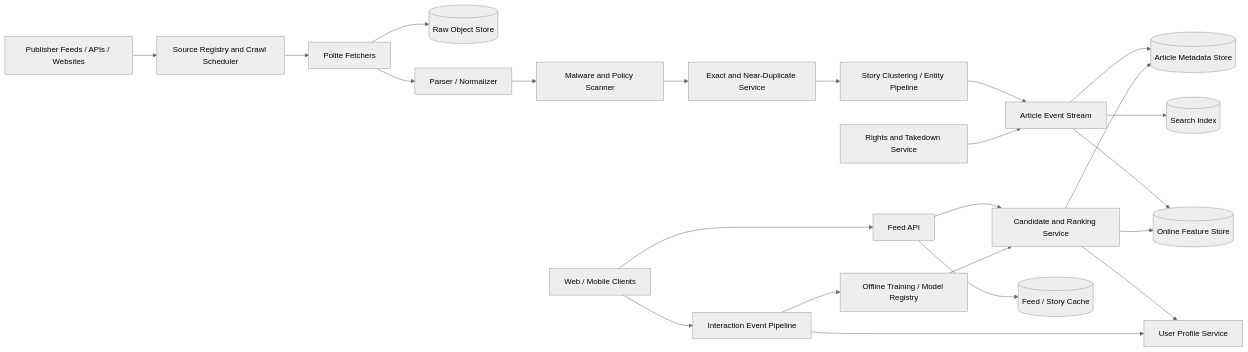
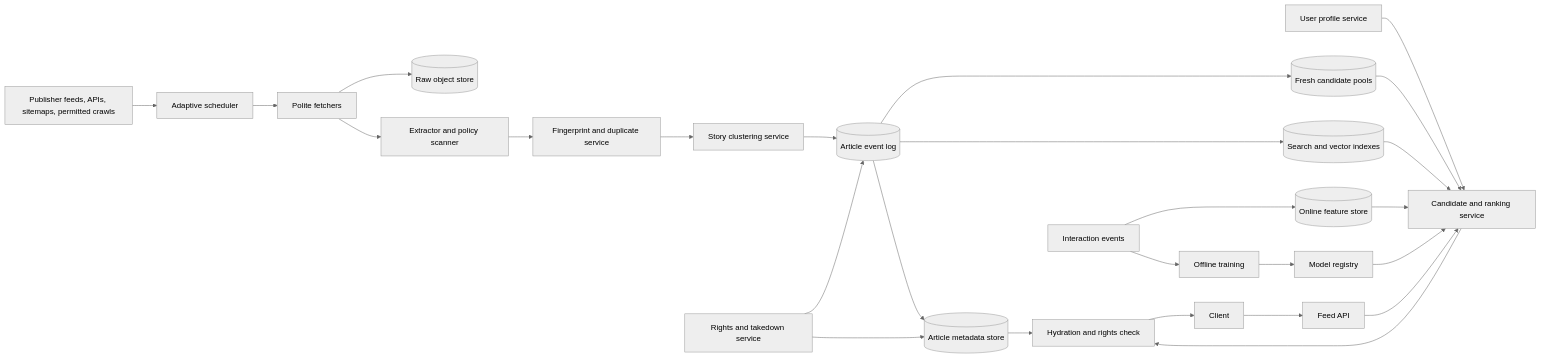
The second of 5 diagrams in news-aggregator-system-design.md (Pranshu258/system-design), drawn with Mermaid (neutral theme) before and after one commit. The commit also changed other lines of this file and 23 other files, not shown here.

````diff
--- a/news-aggregator-system-design.md
+++ b/news-aggregator-system-design.md
@@ -64,38 +191,28 @@
 ```mermaid
 flowchart LR
-    P[Publisher Feeds / APIs / Websites]
-    SCHED[Source Registry and Crawl Scheduler]
-    FETCH[Polite Fetchers]
-    RAW[(Raw Object Store)]
-    EXTRACT[Parser / Normalizer]
-    SAFE[Malware and Policy Scanner]
-    DEDUP[Exact and Near-Duplicate Service]
-    CLUSTER[Story Clustering / Entity Pipeline]
-    STREAM[Article Event Stream]
-    ARTICLE[(Article Metadata Store)]
-    INDEX[(Search Index)]
-    FEATURE[(Online Feature Store)]
-    RANK[Candidate and Ranking Service]
-    FEED[Feed API]
-    CACHE[(Feed / Story Cache)]
-    USER[User Profile Service]
-    EVENTS[Interaction Event Pipeline]
-    MODEL[Offline Training / Model Registry]
-    ADMIN[Rights and Takedown Service]
-    C[Web / Mobile Clients]
-
-    P --> SCHED --> FETCH --> RAW
-    FETCH --> EXTRACT --> SAFE --> DEDUP --> CLUSTER --> STREAM
-    STREAM --> ARTICLE
-    STREAM --> INDEX
-    STREAM --> FEATURE
-    C --> FEED
+    SRC["Publisher feeds, APIs, sitemaps, permitted crawls"] --> SCH["Adaptive scheduler"]
+    SCH --> FET["Polite fetchers"]
+    FET --> RAW[("Raw object store")]
+    FET --> EXT["Extractor and policy scanner"]
+    EXT --> FP["Fingerprint and duplicate service"]
+    FP --> CLU["Story clustering service"]
+    CLU --> LOG[("Article event log")]
+    LOG --> META[("Article metadata store")]
+    LOG --> SEARCH[("Search and vector indexes")]
+    LOG --> POOL[("Fresh candidate pools")]
+    EV["Interaction events"] --> FEAT[("Online feature store")]
+    EV --> TRAIN["Offline training"]
+    TRAIN --> MODEL["Model registry"]
+    USER["User profile service"] --> RANK["Candidate and ranking service"]
+    POOL --> RANK
+    SEARCH --> RANK
+    FEAT --> RANK
+    MODEL --> RANK
+    CLIENT["Client"] --> FEED["Feed API"]
     FEED --> RANK
-    RANK --> ARTICLE
-    RANK --> FEATURE
-    RANK --> USER
-    FEED --> CACHE
-    C --> EVENTS --> USER
-    EVENTS --> MODEL --> RANK
-    ADMIN --> STREAM
+    RANK --> HYD["Hydration and rights check"]
+    META --> HYD
+    HYD --> CLIENT
+    GOV["Rights and takedown service"] --> META
+    GOV --> LOG
 ```
````
